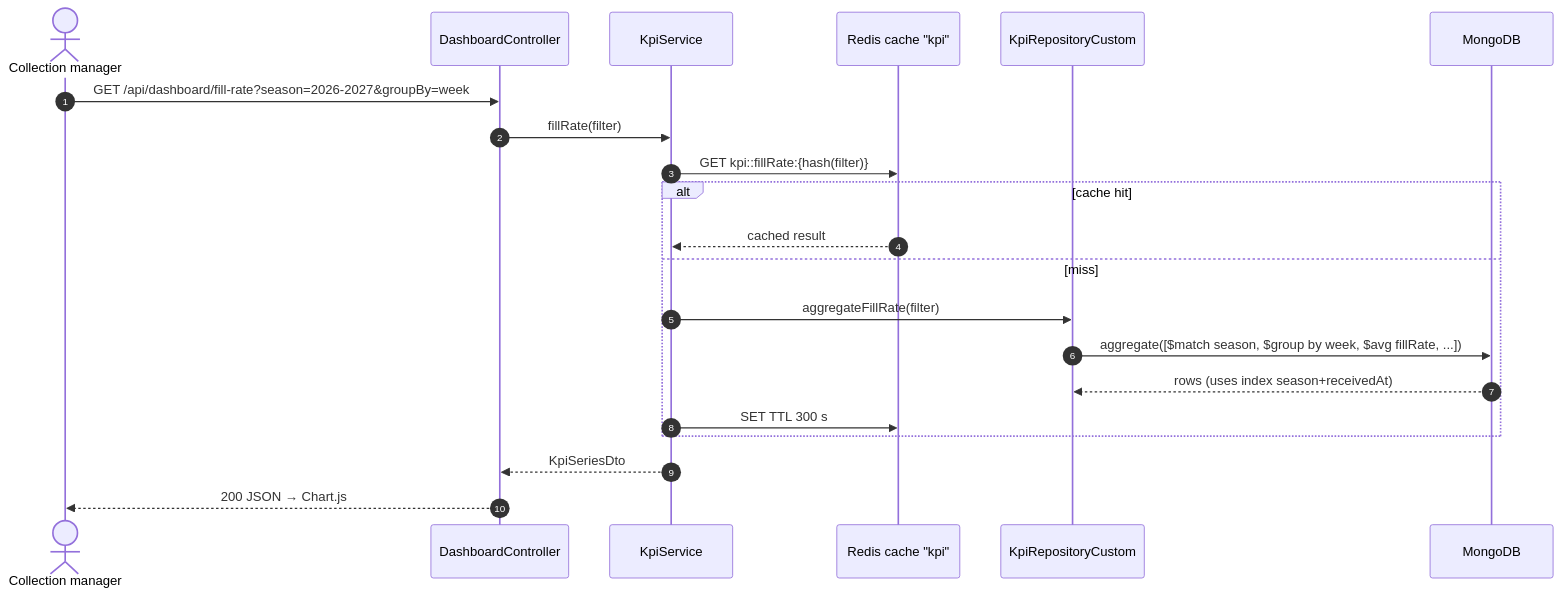
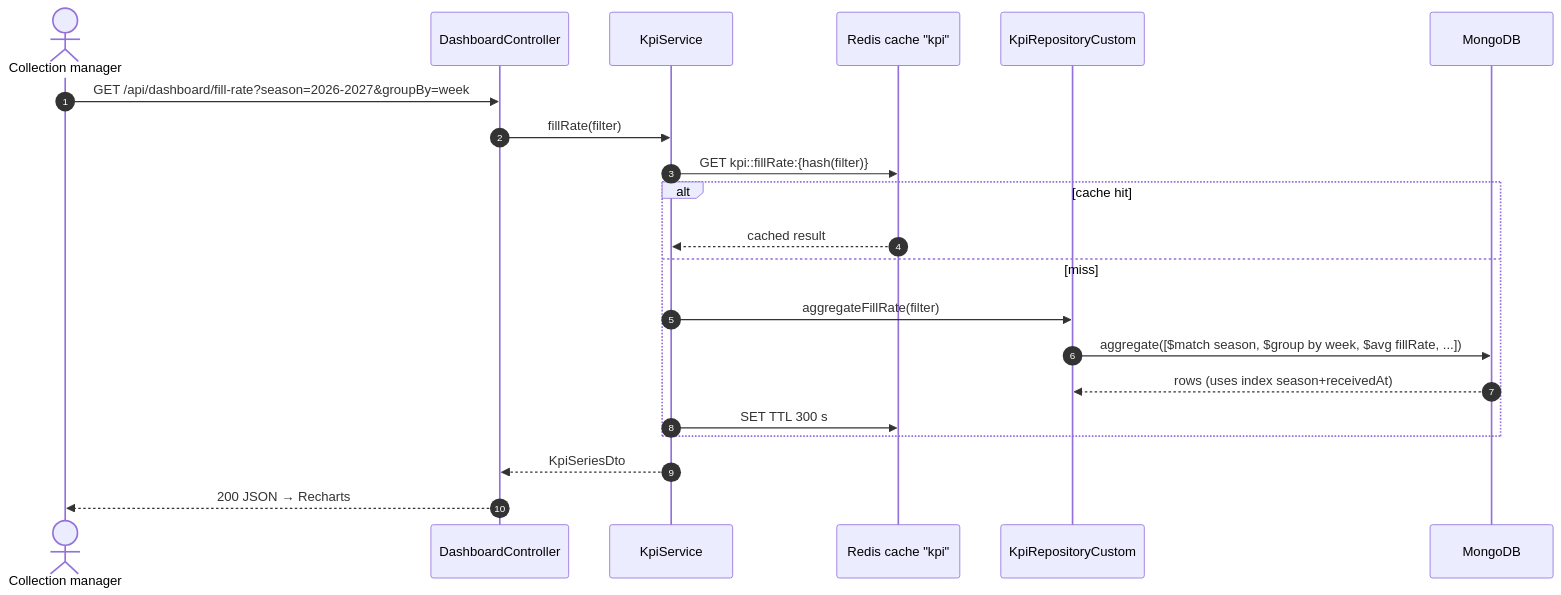
One commit to Iyed-M/olive-connect changed the tenth of 16 diagrams in docs/04-uml-design.md. Above: the diagram before and after it, drawn with Mermaid. The commit also changed 52 other files, not shown here.

````diff
--- a/docs/04-uml-design.md
+++ b/docs/04-uml-design.md
@@ -710,24 +710,24 @@
 ```mermaid
 sequenceDiagram
     autonumber
     actor CM as Collection manager
     participant C as DashboardController
     participant K as KpiService
     participant RC as Redis cache "kpi"
     participant KR as KpiRepositoryCustom
     participant M as MongoDB
 
     CM->>C: GET /api/dashboard/fill-rate?season=2026-2027&groupBy=week
     C->>K: fillRate(filter)
     K->>RC: GET kpi::fillRate:{hash(filter)}
     alt cache hit
         RC-->>K: cached result
     else miss
         K->>KR: aggregateFillRate(filter)
         KR->>M: aggregate([$match season, $group by week, $avg fillRate, ...])
         M-->>KR: rows (uses index season+receivedAt)
         K->>RC: SET TTL 300 s
     end
     K-->>C: KpiSeriesDto
-    C-->>CM: 200 JSON → Chart.js
+    C-->>CM: 200 JSON → Recharts
 ```
````
